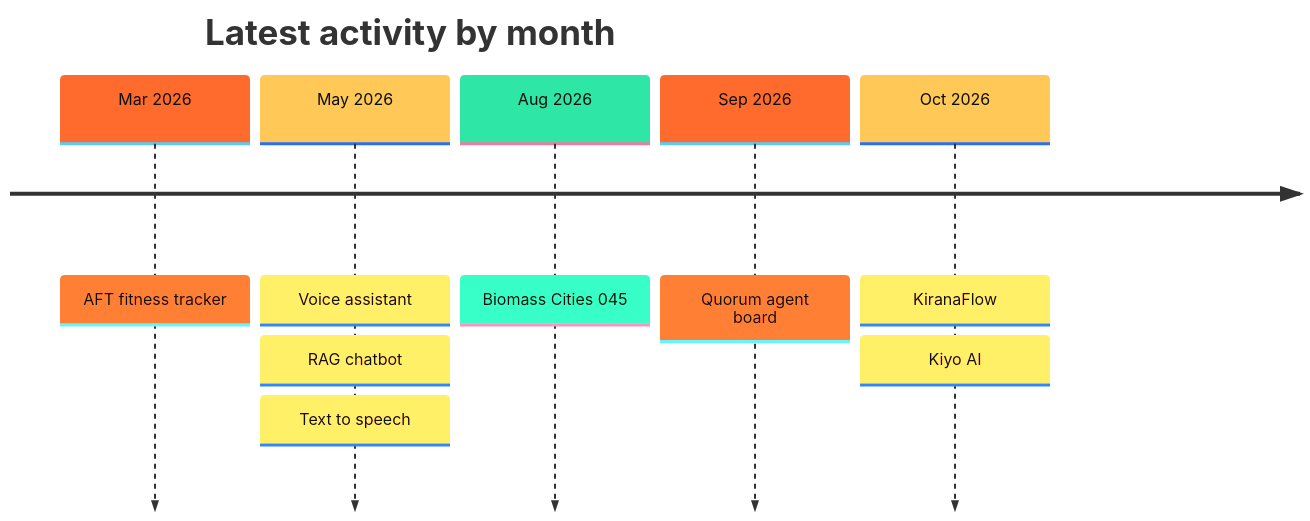
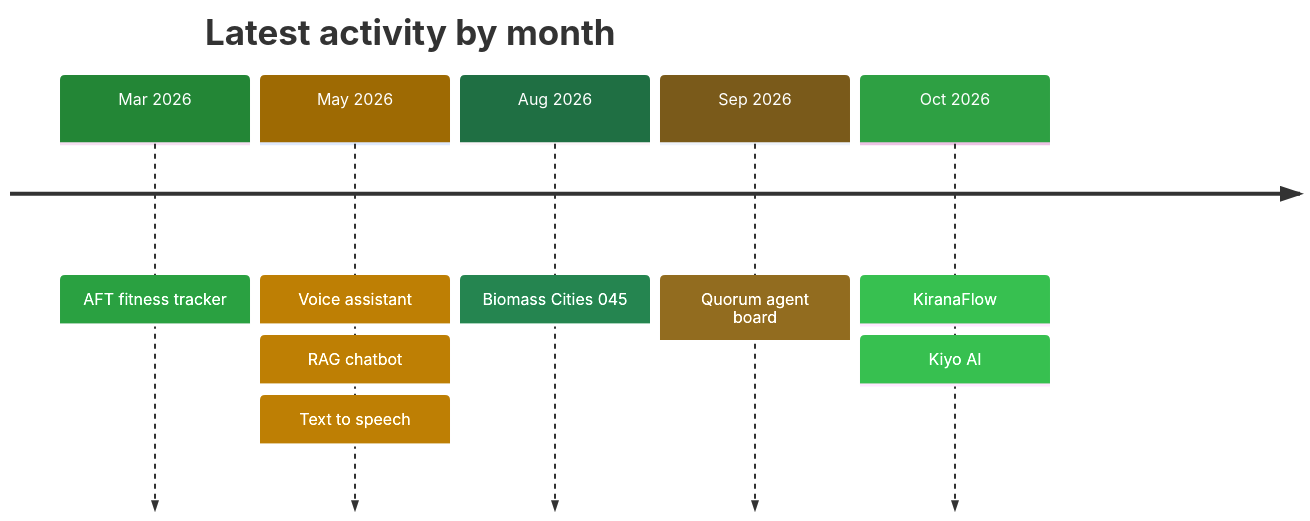
One commit to bowsii/bowsii changed the fourth of 4 diagrams in README.md. Above: the diagram before and after it, drawn with Mermaid. The commit also changed other lines of this file, not shown here.

````diff
--- a/README.md
+++ b/README.md
@@ -145,10 +145,10 @@
 ```mermaid
-%%{init: {'theme':'base','themeVariables':{'cScale0':'#FF6B2C','cScale1':'#FFC857','cScale2':'#2EE6A6','cScale3':'#FF6B2C','cScale4':'#FFC857','cScaleLabel0':'#0B0F0E','cScaleLabel1':'#0B0F0E','cScaleLabel2':'#0B0F0E','cScaleLabel3':'#0B0F0E','cScaleLabel4':'#0B0F0E','fontFamily':'monospace'}}}%%
+%%{init: {'theme':'base','themeVariables':{'cScale0':'#238636','cScale1':'#9E6A03','cScale2':'#1F6F43','cScale3':'#7A5A1A','cScale4':'#2EA043','cScaleLabel0':'#FFFFFF','cScaleLabel1':'#FFFFFF','cScaleLabel2':'#FFFFFF','cScaleLabel3':'#FFFFFF','cScaleLabel4':'#FFFFFF','fontFamily':'monospace'}}}%%
 timeline
   title Latest activity by month
   Mar 2026 : AFT fitness tracker
   May 2026 : Voice assistant : RAG chatbot : Text to speech
   Aug 2026 : Biomass Cities 045
   Sep 2026 : Quorum agent board
   Oct 2026 : KiranaFlow : Kiyo AI
 ```
````
